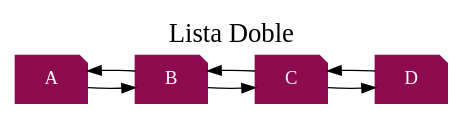
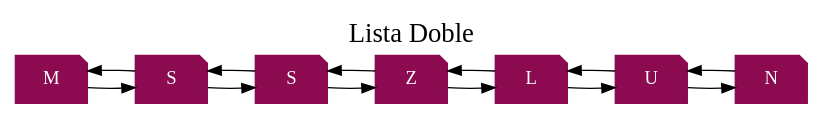
Before and after one commit to JoseMorente98/EDD-Proyecto-1: the diagram in EDD_1S2020_PY1_201801237/FichaJugadorLD.dot, drawn with Graphviz. The commit also changed 58 other files, not shown here.

```diff
--- a/EDD_1S2020_PY1_201801237/FichaJugadorLD.dot
+++ b/EDD_1S2020_PY1_201801237/FichaJugadorLD.dot
@@ -1,14 +1,23 @@
 digraph FichaJugadorLD {
 	rankdir=LR;node[shape = note, fontcolor = white, style = filled, color = deeppink4];
 graph[label = "Lista Doble", labelloc = t, fontsize = 20];
-	Object0 [label = "A"];
-	Object1 [label = "B"];
-	Object2 [label = "C"];
-	Object3 [label = "D"];
+	Object0 [label = "M"];
+	Object1 [label = "S"];
+	Object2 [label = "S"];
+	Object3 [label = "Z"];
+	Object4 [label = "L"];
+	Object5 [label = "U"];
+	Object6 [label = "N"];
 	Object0->Object1;
 Object1->Object0;
 	Object1->Object2;
 Object2->Object1;
 	Object2->Object3;
 Object3->Object2;
+	Object3->Object4;
+Object4->Object3;
+	Object4->Object5;
+Object5->Object4;
+	Object5->Object6;
+Object6->Object5;
 }
```
